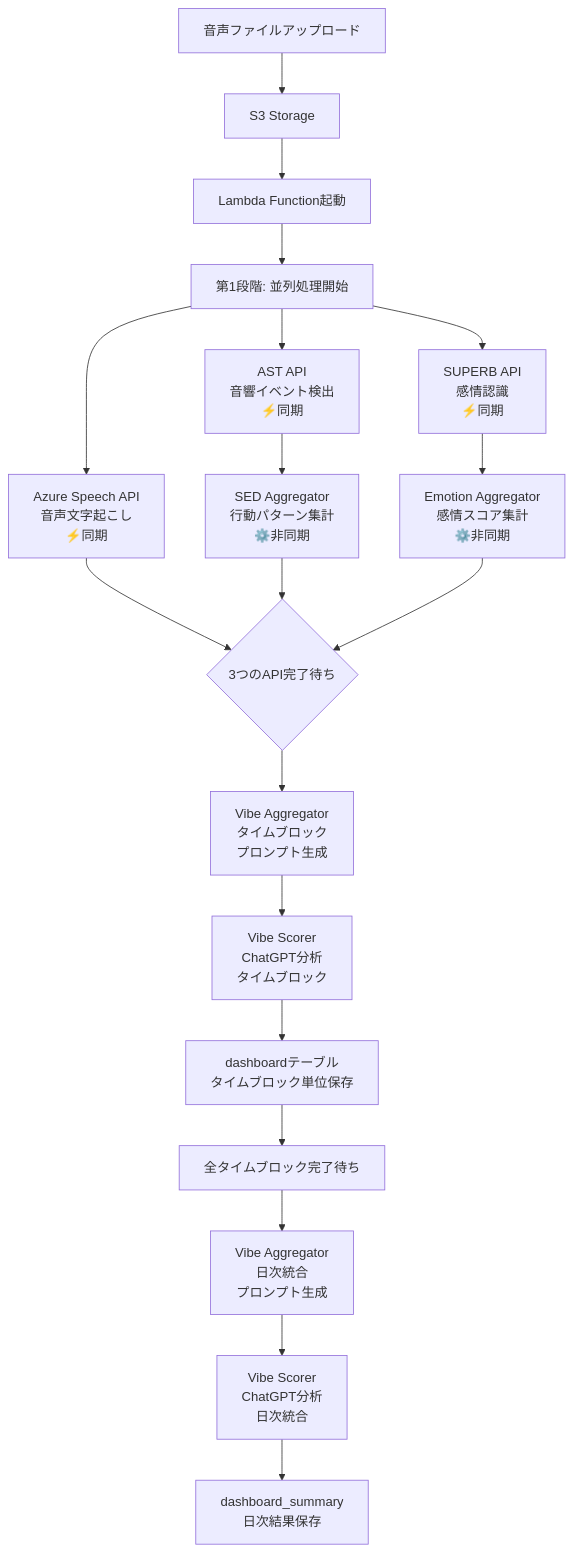
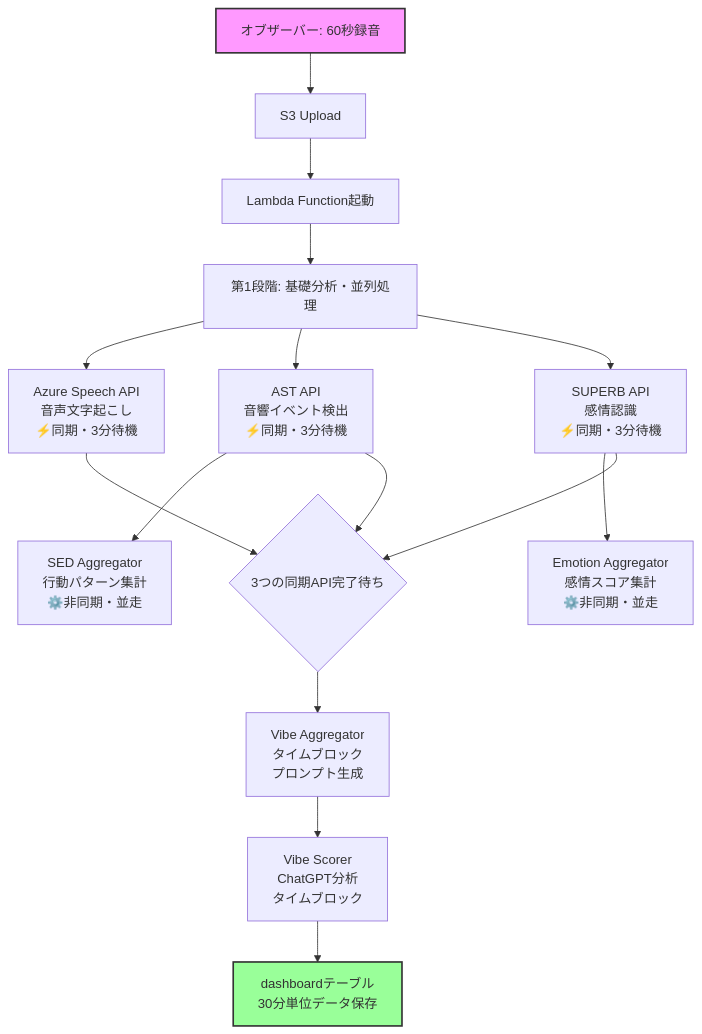
One commit to hey-watchme/server-configs changed the first of 2 diagrams in PROCESSING_ARCHITECTURE.md. Above: the diagram before and after it, drawn with Mermaid. The commit also changed other lines of this file and 4 other files, not shown here.

````diff
--- a/PROCESSING_ARCHITECTURE.md
+++ b/PROCESSING_ARCHITECTURE.md
@@ -15,28 +34,26 @@
 ```mermaid
 graph TD
-    A[音声ファイルアップロード] --> B[S3 Storage]
+    A[オブザーバー: 60秒録音] --> B[S3 Upload]
     B --> C[Lambda Function起動]
     
-    C --> D[第1段階: 並列処理開始]
+    C --> D[第1段階: 基礎分析・並列処理]
     
-    D --> E[Azure Speech API<br/>音声文字起こし<br/>⚡同期]
-    D --> F[AST API<br/>音響イベント検出<br/>⚡同期]
-    D --> G[SUPERB API<br/>感情認識<br/>⚡同期]
+    D --> E[Azure Speech API<br/>音声文字起こし<br/>⚡同期・3分待機]
+    D --> F[AST API<br/>音響イベント検出<br/>⚡同期・3分待機]
+    D --> G[SUPERB API<br/>感情認識<br/>⚡同期・3分待機]
     
-    F --> I[SED Aggregator<br/>行動パターン集計<br/>⚙️非同期]
-    G --> J[Emotion Aggregator<br/>感情スコア集計<br/>⚙️非同期]
+    F --> I[SED Aggregator<br/>行動パターン集計<br/>⚙️非同期・並走]
+    G --> J[Emotion Aggregator<br/>感情スコア集計<br/>⚙️非同期・並走]
     
-    E --> W{3つのAPI完了待ち}
-    I --> W
-    J --> W
+    E --> W{3つの同期API完了待ち}
+    F --> W
+    G --> W
     
     W --> K[Vibe Aggregator<br/>タイムブロック<br/>プロンプト生成]
     
-    K --> L1[Vibe Scorer<br/>ChatGPT分析<br/>タイムブロック]
-    L1 --> T[dashboardテーブル<br/>タイムブロック単位保存]
+    K --> L[Vibe Scorer<br/>ChatGPT分析<br/>タイムブロック]
+    L --> T[dashboardテーブル<br/>30分単位データ保存]
     
-    T --> N[全タイムブロック完了待ち]
-    N --> O[Vibe Aggregator<br/>日次統合<br/>プロンプト生成]
-    O --> L2[Vibe Scorer<br/>ChatGPT分析<br/>日次統合]
-    L2 --> M[dashboard_summary<br/>日次結果保存]
+    style A fill:#f9f,stroke:#333,stroke-width:2px
+    style T fill:#9f9,stroke:#333,stroke-width:2px
 ```
````
